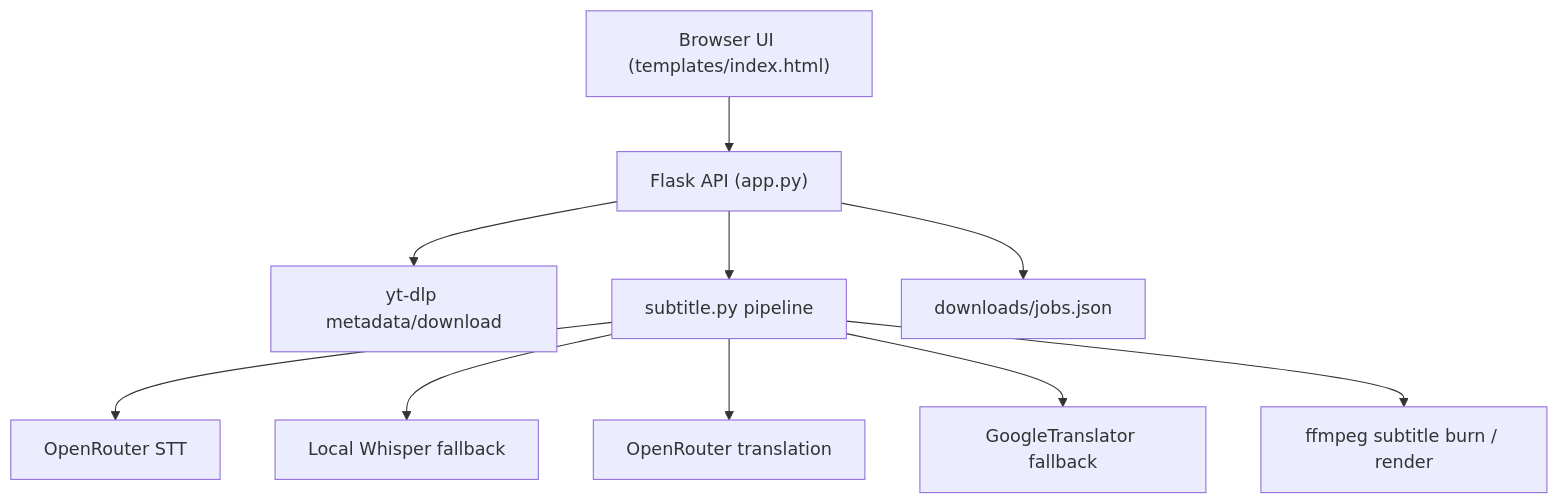
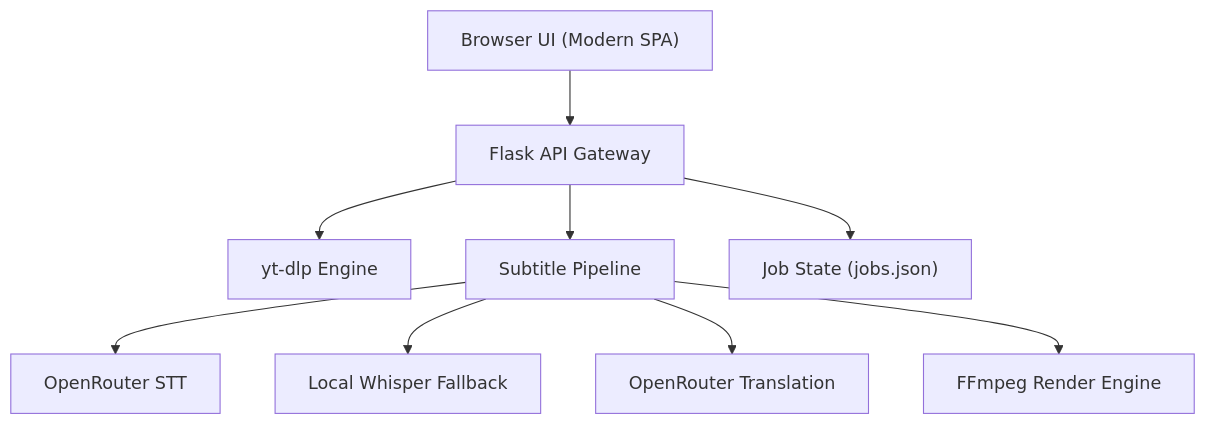
The diagram in README.md (palamut62/subclip), drawn with Mermaid before and after one commit. The commit also changed other lines of this file and 5 other files, not shown here.

Commit message:
refactor: update app to OpenRouter and refresh README (cleaned secrets)

````diff
--- a/README.md
+++ b/README.md
@@ -70,12 +76,11 @@
 ```mermaid
 graph TD
-    UI["Browser UI (templates/index.html)"] --> API["Flask API (app.py)"]
-    API --> YTDLP["yt-dlp metadata/download"]
-    API --> SUB["subtitle.py pipeline"]
+    UI["Browser UI (Modern SPA)"] --> API["Flask API Gateway"]
+    API --> YTDLP["yt-dlp Engine"]
+    API --> SUB["Subtitle Pipeline"]
     SUB --> ORSTT["OpenRouter STT"]
-    SUB --> LWS["Local Whisper fallback"]
-    SUB --> ORTR["OpenRouter translation"]
-    SUB --> GTR["GoogleTranslator fallback"]
-    SUB --> FFMPEG["ffmpeg subtitle burn / render"]
-    API --> JOBS["downloads/jobs.json"]
+    SUB --> LWS["Local Whisper Fallback"]
+    SUB --> ORTR["OpenRouter Translation"]
+    SUB --> FFMPEG["FFmpeg Render Engine"]
+    API --> JOBS["Job State (jobs.json)"]
 ```
````
